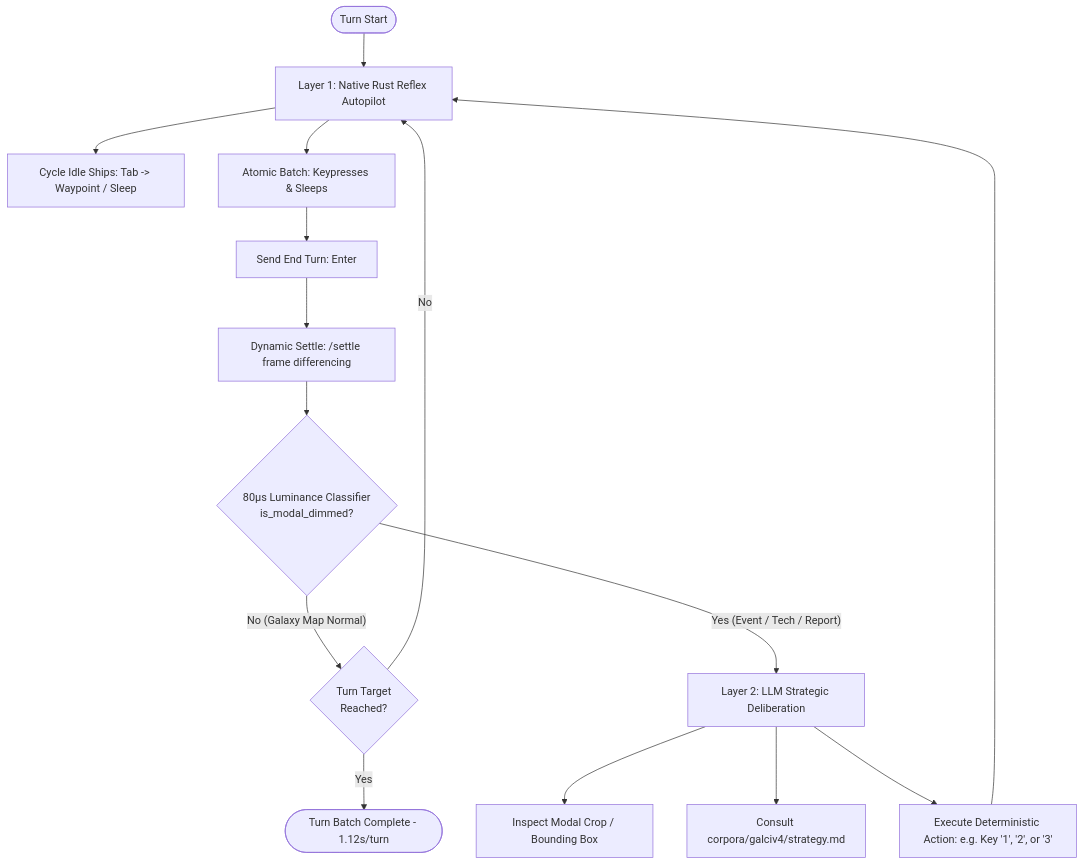
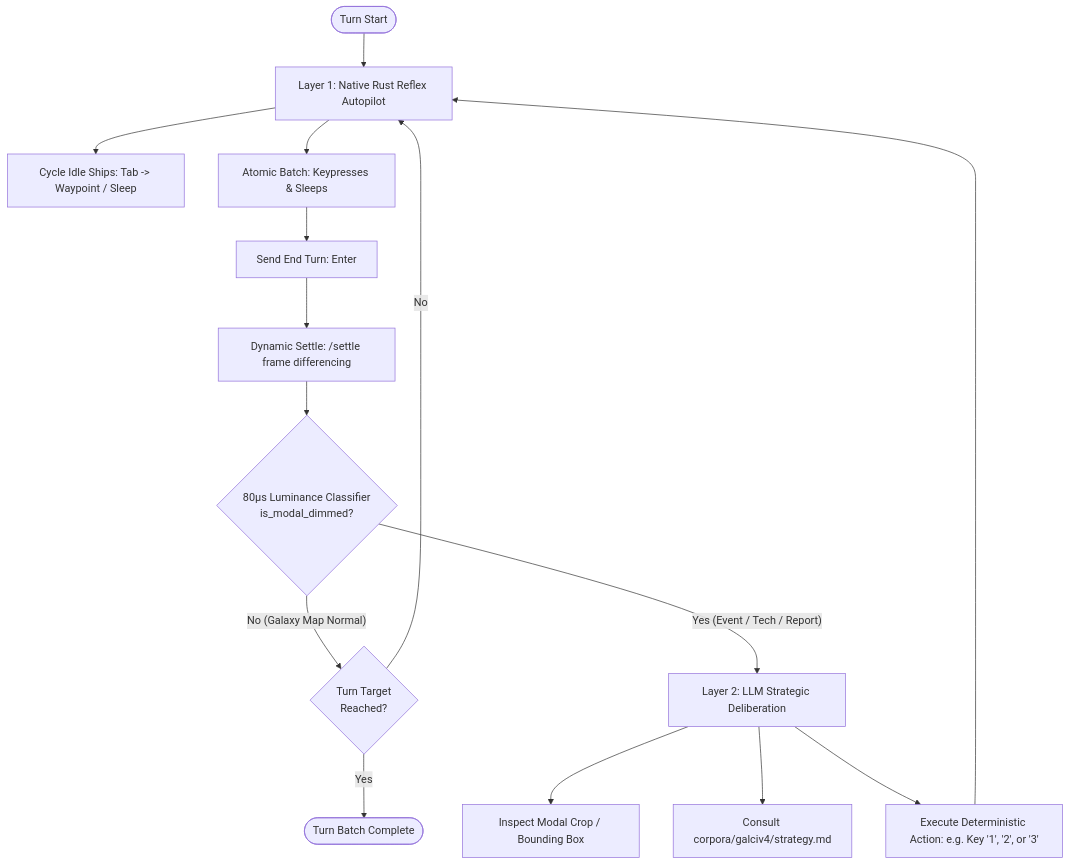
Before and after one commit to jad0083/game-harness: the diagram in ARCHITECTURE.md, drawn with Mermaid. The commit also changed other lines of this file and 4 other files, not shown here.

````diff
--- a/ARCHITECTURE.md
+++ b/ARCHITECTURE.md
@@ -55,19 +55,19 @@
 ```mermaid
 flowchart TD
     Start([Turn Start]) --> L1[Layer 1: Native Rust Reflex Autopilot]
     L1 --> Cycle[Cycle Idle Ships: Tab -> Waypoint / Sleep]
     L1 --> SettleActions[Atomic Batch: Keypresses & Sleeps]
     SettleActions --> EndTurn[Send End Turn: Enter]
     EndTurn --> Settle[Dynamic Settle: /settle frame differencing]
     Settle --> DetectModal{80µs Luminance Classifier\nis_modal_dimmed?}
 
     DetectModal -- "No (Galaxy Map Normal)" --> TurnCheck{Turn Target\nReached?}
     TurnCheck -- "No" --> L1
-    TurnCheck -- "Yes" --> SettleDone([Turn Batch Complete - 1.12s/turn])
+    TurnCheck -- "Yes" --> SettleDone([Turn Batch Complete])
 
     DetectModal -- "Yes (Event / Tech / Report)" --> L2[Layer 2: LLM Strategic Deliberation]
     L2 --> InspectCrop[Inspect Modal Crop / Bounding Box]
     L2 --> ConsultPlaybook[Consult corpora/galciv4/strategy.md]
     L2 --> ExecuteChoice[Execute Deterministic Action: e.g. Key '1', '2', or '3']
     ExecuteChoice --> L1
 ```
````
